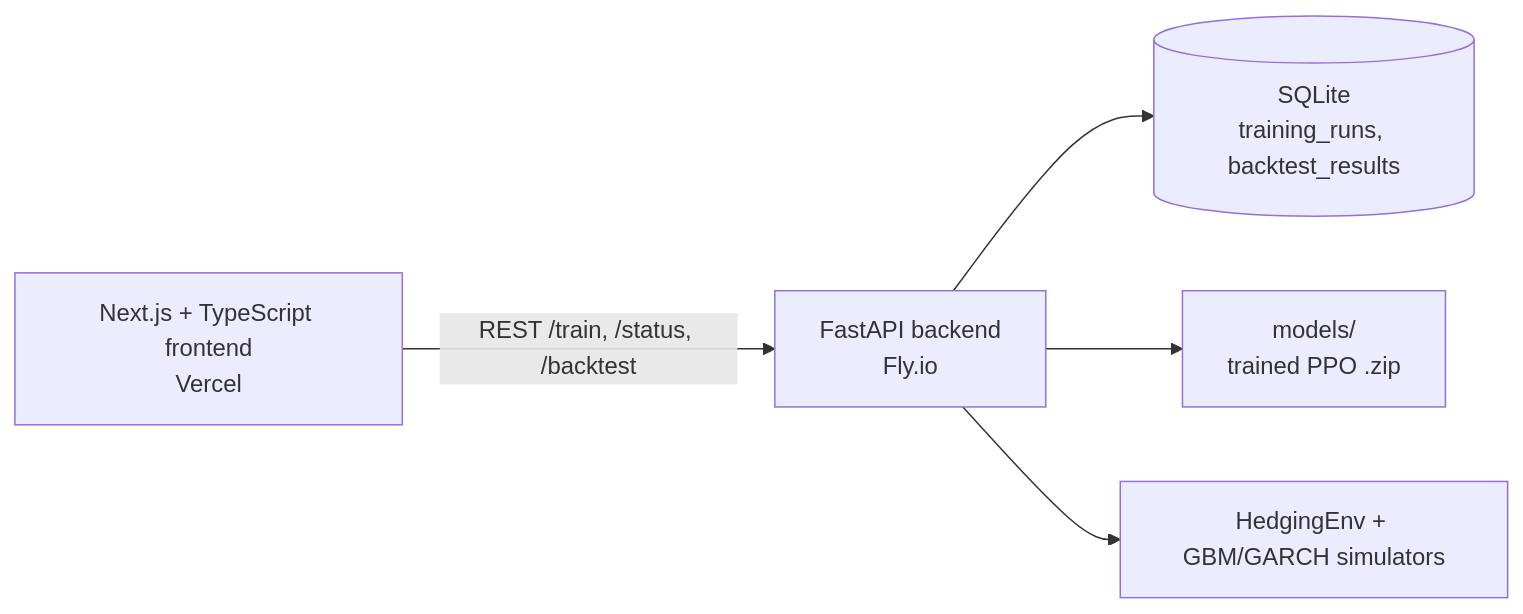
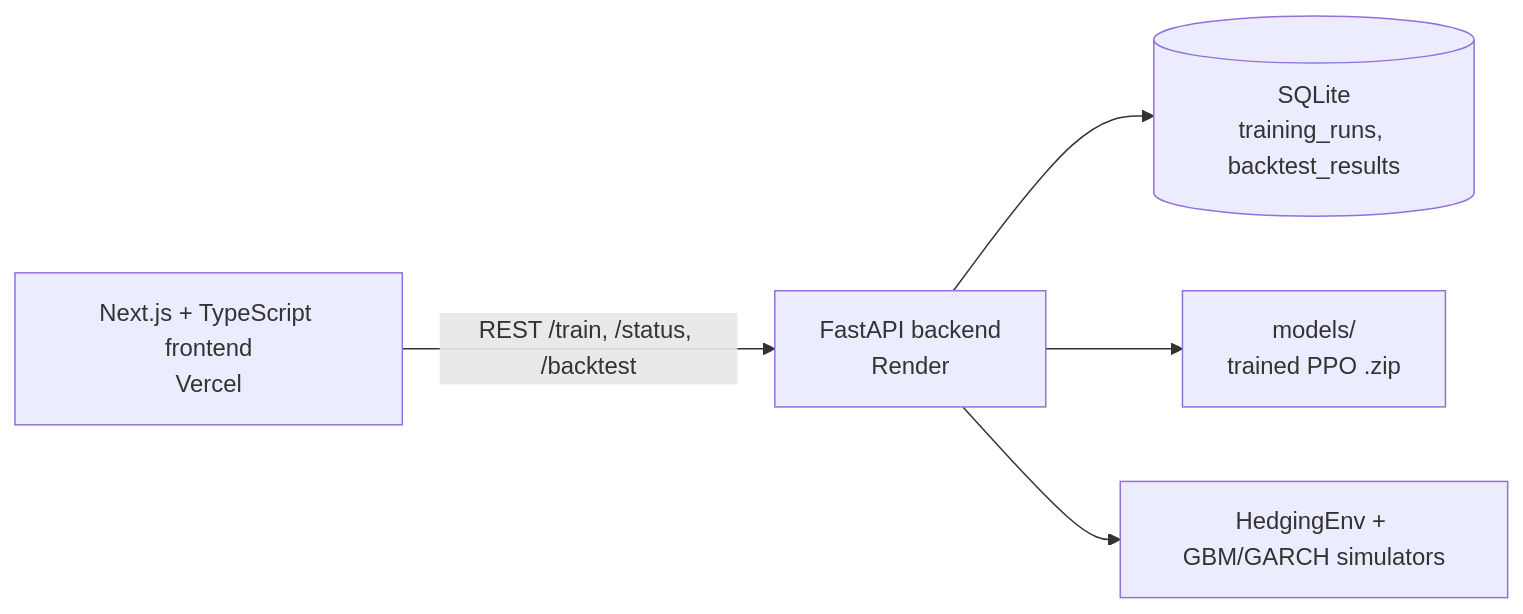
The diagram in README.md (Prad-Nanduri/RL-Derivative-Hedging), drawn with Mermaid before and after one commit. The commit also changed other lines of this file and 3 other files, not shown here.

````diff
--- a/README.md
+++ b/README.md
@@ -23,7 +24,7 @@
 ```mermaid
 flowchart LR
-    FE[Next.js + TypeScript frontend<br/>Vercel] -->|REST /train, /status, /backtest| BE[FastAPI backend<br/>Fly.io]
+    FE[Next.js + TypeScript frontend<br/>Vercel] -->|REST /train, /status, /backtest| BE[FastAPI backend<br/>Render]
     BE --> DB[(SQLite<br/>training_runs, backtest_results)]
     BE --> ML[models/<br/>trained PPO .zip]
     BE --> SIM[HedgingEnv + GBM/GARCH simulators]
 ```
````
